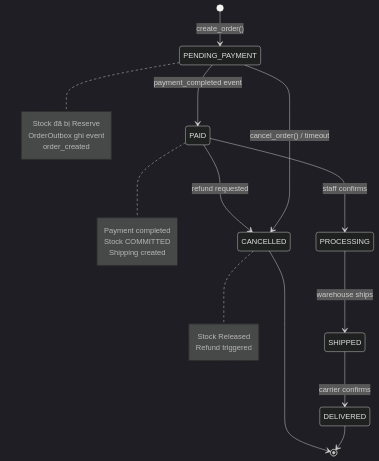
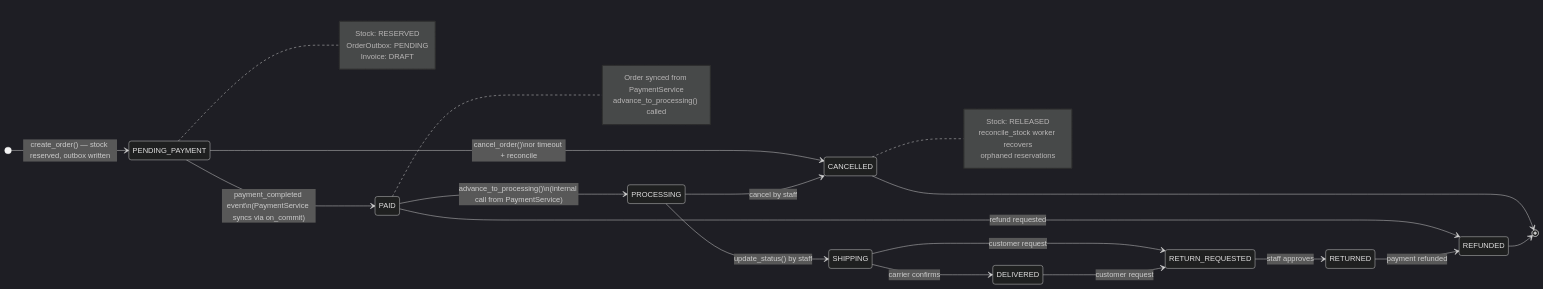
One commit to minhengdey/bookstore-microservice changed diagram 13 of 37 in docs/CHUONG2_TAI_LIEU_DU_AN_Ecommerce_ECOM.md. Above: the diagram before and after it, drawn with Mermaid (dark theme). The commit also changed other lines of this file and 21 other files, not shown here.

````diff
--- a/docs/CHUONG2_TAI_LIEU_DU_AN_Ecommerce_ECOM.md
+++ b/docs/CHUONG2_TAI_LIEU_DU_AN_Ecommerce_ECOM.md
@@ -2166,29 +2788,40 @@
 ```mermaid
 stateDiagram-v2
-    [*] --> PENDING_PAYMENT : create_order()
-    PENDING_PAYMENT --> PAID : payment_completed event
-    PENDING_PAYMENT --> CANCELLED : cancel_order() / timeout
-    PAID --> PROCESSING : staff confirms
-    PAID --> CANCELLED : refund requested
-    PROCESSING --> SHIPPED : warehouse ships
-    SHIPPED --> DELIVERED : carrier confirms
-    DELIVERED --> [*]
+    direction LR
+    [*] --> PENDING_PAYMENT : create_order() — stock reserved, outbox written
+
+    PENDING_PAYMENT --> PAID : payment_completed event\n(PaymentService syncs via on_commit)
+    PENDING_PAYMENT --> CANCELLED : cancel_order()\nor timeout + reconcile
+
+    PAID --> PROCESSING : advance_to_processing()\n(internal call from PaymentService)
+    PAID --> REFUNDED : refund requested
+
+    PROCESSING --> SHIPPING : update_status() by staff
+    PROCESSING --> CANCELLED : cancel by staff
+
+    SHIPPING --> DELIVERED : carrier confirms
+    SHIPPING --> RETURN_REQUESTED : customer request
+
+    DELIVERED --> RETURN_REQUESTED : customer request
+
+    RETURN_REQUESTED --> RETURNED : staff approves
+    RETURNED --> REFUNDED : payment refunded
+
     CANCELLED --> [*]
+    REFUNDED --> [*]
 
     note right of PENDING_PAYMENT
-        Stock đã bị Reserve
-        OrderOutbox ghi event
-        order_created
+        Stock: RESERVED
+        OrderOutbox: PENDING
+        Invoice: DRAFT
     end note
-
     note right of PAID
-        Payment completed
-        Stock COMMITTED
-        Shipping created
+        Order synced from PaymentService
+        advance_to_processing() called
     end note
-
     note right of CANCELLED
-        Stock Released
-        Refund triggered
+        Stock: RELEASED
+        reconcile_stock worker recovers
+        orphaned reservations
     end note
 ```
````
